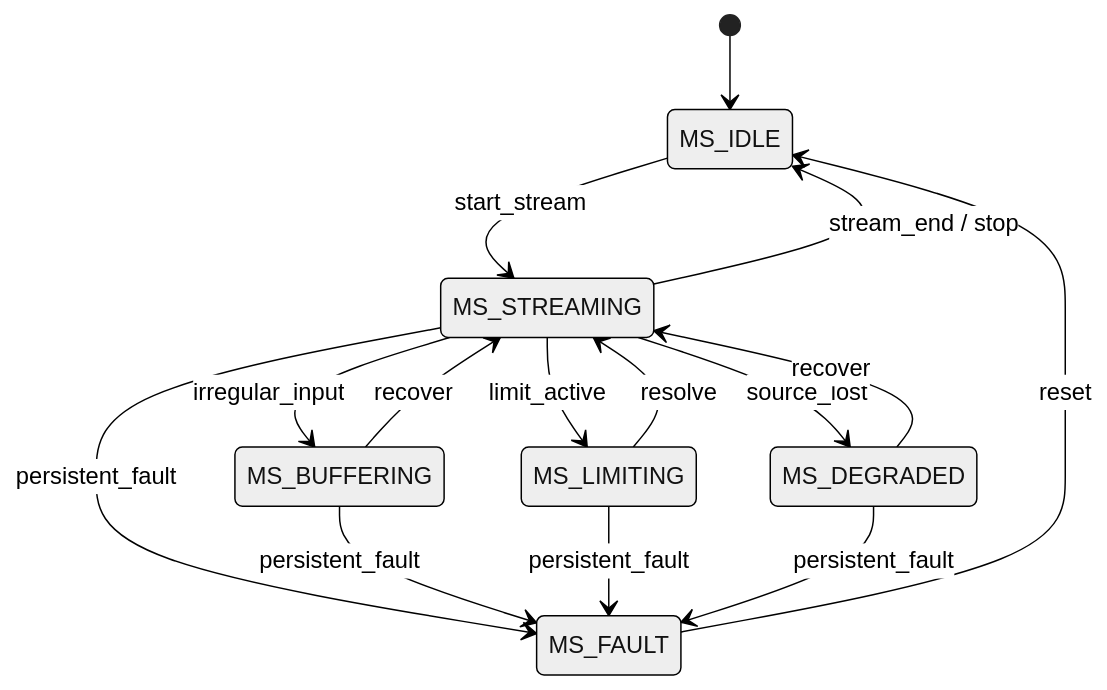
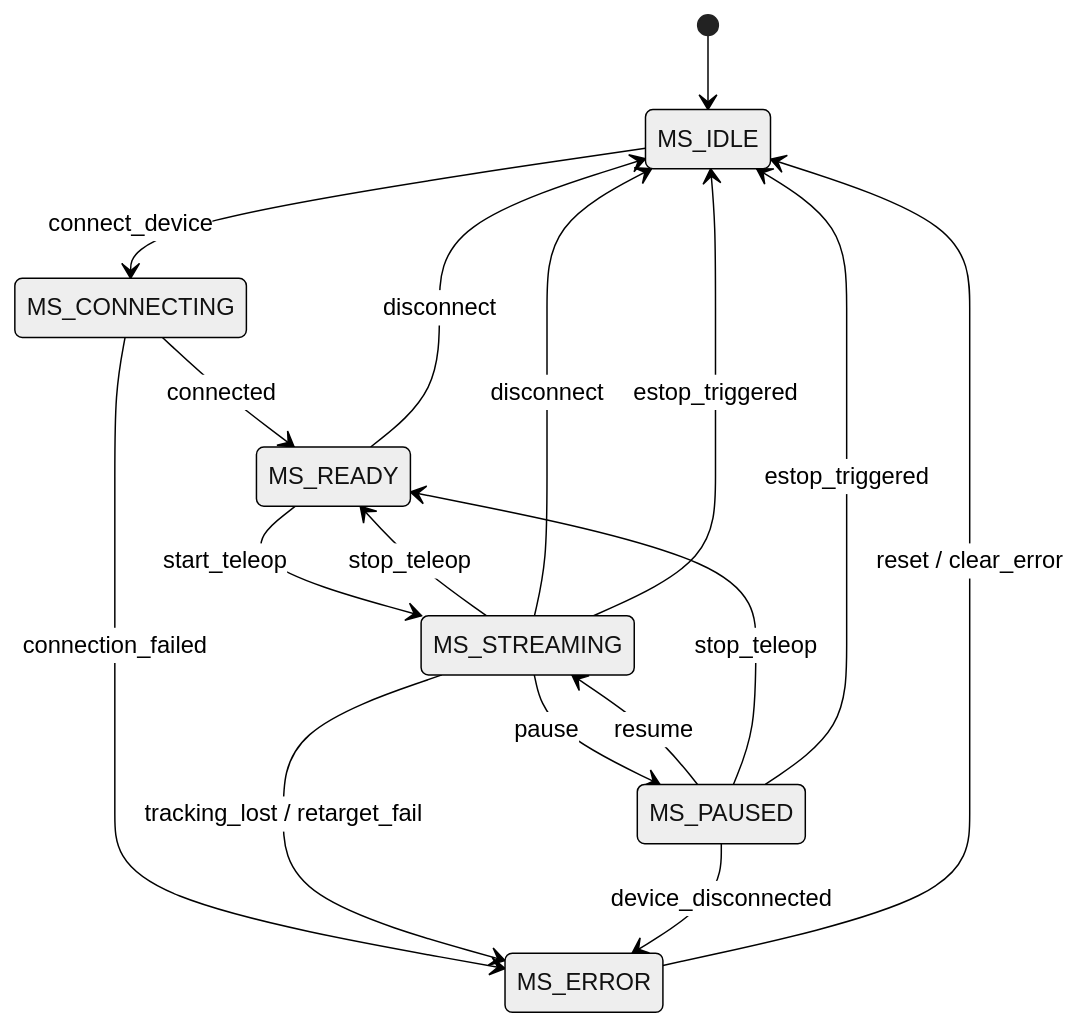
The first of 3 diagrams in design/layer_05_motion/ms_design.md (Tomaxwell/HomoBot), drawn with Mermaid (neutral theme) before and after one commit. The commit also changed other lines of this file and 66 other files, not shown here.

````diff
--- a/design/layer_05_motion/ms_design.md
+++ b/design/layer_05_motion/ms_design.md
@@ -60,17 +76,19 @@
 ```mermaid
 stateDiagram-v2
     [*] --> MS_IDLE
-    MS_IDLE --> MS_STREAMING : start_stream
-    MS_STREAMING --> MS_IDLE : stream_end / stop
-    MS_STREAMING --> MS_BUFFERING : irregular_input
-    MS_BUFFERING --> MS_STREAMING : recover
-    MS_STREAMING --> MS_LIMITING : limit_active
-    MS_LIMITING --> MS_STREAMING : resolve
-    MS_STREAMING --> MS_DEGRADED : source_lost
-    MS_DEGRADED --> MS_STREAMING : recover
-    MS_STREAMING --> MS_FAULT : persistent_fault
-    MS_BUFFERING --> MS_FAULT : persistent_fault
-    MS_LIMITING --> MS_FAULT : persistent_fault
-    MS_DEGRADED --> MS_FAULT : persistent_fault
-    MS_FAULT --> MS_IDLE : reset
+    MS_IDLE --> MS_CONNECTING : connect_device
+    MS_CONNECTING --> MS_READY : connected
+    MS_CONNECTING --> MS_ERROR : connection_failed
+    MS_READY --> MS_STREAMING : start_teleop
+    MS_STREAMING --> MS_PAUSED : pause
+    MS_PAUSED --> MS_STREAMING : resume
+    MS_STREAMING --> MS_READY : stop_teleop
+    MS_STREAMING --> MS_ERROR : tracking_lost / retarget_fail
+    MS_PAUSED --> MS_READY : stop_teleop
+    MS_PAUSED --> MS_ERROR : device_disconnected
+    MS_ERROR --> MS_IDLE : reset / clear_error
+    MS_READY --> MS_IDLE : disconnect
+    MS_STREAMING --> MS_IDLE : disconnect
+    MS_STREAMING --> MS_IDLE : estop_triggered
+    MS_PAUSED --> MS_IDLE : estop_triggered
 ```
````
